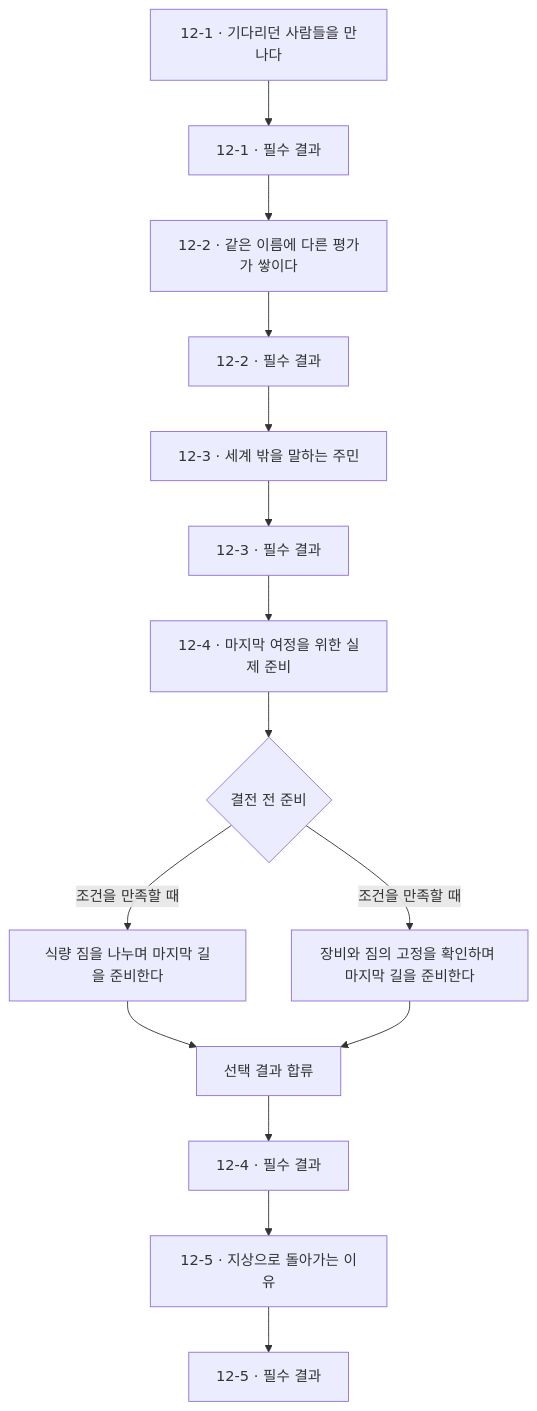
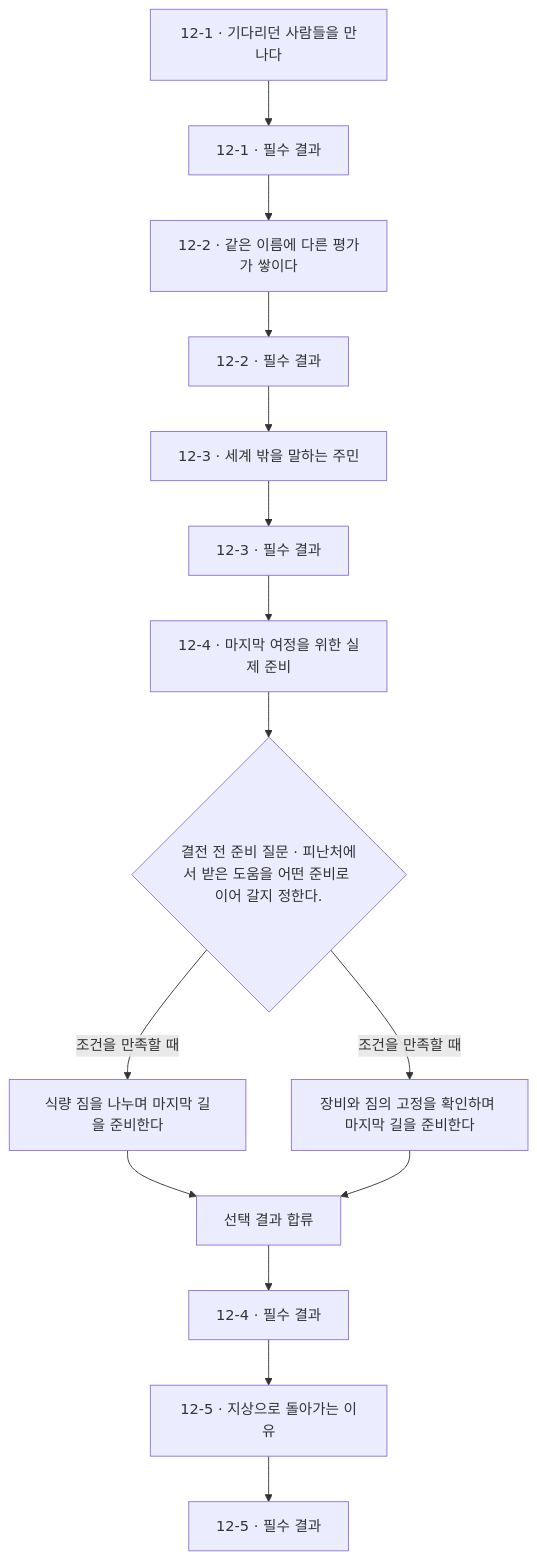
Diagram 14 of 17 in novel/writing/publication/generated/flow.md (obmaz/lore), drawn with Mermaid before and after one commit. The commit also changed other lines of this file and 38 other files, not shown here.

````diff
--- a/novel/writing/publication/generated/flow.md
+++ b/novel/writing/publication/generated/flow.md
@@ -627,31 +633,31 @@
 ```mermaid
 flowchart TB
   n7510db77e98e240a["12-1 · 기다리던 사람들을 만나다"]
   n4081f40d2508330f["12-1 · 필수 결과"]
   nee1187108c39bd2c["12-2 · 같은 이름에 다른 평가가 쌓이다"]
   n5ba8051b8a61c0d1["12-2 · 필수 결과"]
   n51cd0a6dc7984f5c["12-3 · 세계 밖을 말하는 주민"]
   n076385c79751f718["12-3 · 필수 결과"]
   n5d2dc2f720d2b6fd["12-4 · 마지막 여정을 위한 실제 준비"]
-  n1d7252fff0322319{"결전 전 준비"}
+  n1d7252fff0322319{"결전 전 준비 질문 · 피난처에서 받은 도움을 어떤 준비로 이어 갈지 정한다."}
   ned11be260e50268a["선택 결과 합류"]
   nadb8d58f44973f43["식량 짐을 나누며 마지막 길을 준비한다"]
   n469315c81ecd6331["장비와 짐의 고정을 확인하며 마지막 길을 준비한다"]
   n4baa35a9fb1c76aa["12-4 · 필수 결과"]
   n52061c33795dd7d8["12-5 · 지상으로 돌아가는 이유"]
   ne55364961450762b["12-5 · 필수 결과"]
   n7510db77e98e240a --> n4081f40d2508330f
   nee1187108c39bd2c --> n5ba8051b8a61c0d1
   n4081f40d2508330f --> nee1187108c39bd2c
   n51cd0a6dc7984f5c --> n076385c79751f718
   n5ba8051b8a61c0d1 --> n51cd0a6dc7984f5c
   n5d2dc2f720d2b6fd --> n1d7252fff0322319
   n1d7252fff0322319 -->|조건을 만족할 때| nadb8d58f44973f43
   nadb8d58f44973f43 --> ned11be260e50268a
   n1d7252fff0322319 -->|조건을 만족할 때| n469315c81ecd6331
   n469315c81ecd6331 --> ned11be260e50268a
   ned11be260e50268a --> n4baa35a9fb1c76aa
   n076385c79751f718 --> n5d2dc2f720d2b6fd
   n52061c33795dd7d8 --> ne55364961450762b
   n4baa35a9fb1c76aa --> n52061c33795dd7d8
 ```
````
